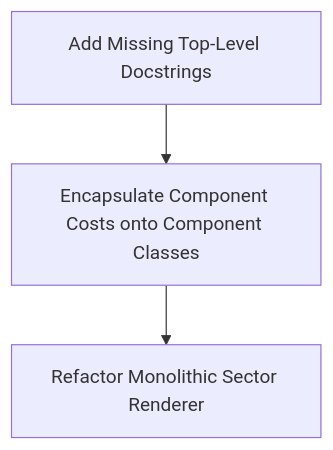
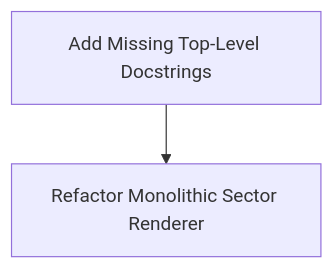
One commit to DreamChaser55/Wormhole-Control changed the diagram in Wormhole_Control_analysis_report.md. Above: the diagram before and after it, drawn with Mermaid. The commit also changed other lines of this file and 15 other files, not shown here.

First line of the commit message:
refactor(unit_components): encapsulate dynamic hull cost logic onto component classes

````diff
--- a/Wormhole_Control_analysis_report.md
+++ b/Wormhole_Control_analysis_report.md
@@ -90,5 +87,4 @@
 ```mermaid
 flowchart TD
-    A[Add Missing Top-Level Docstrings] --> B[Encapsulate Component Costs onto Component Classes]
-    B --> C[Refactor Monolithic Sector Renderer]
+    A[Add Missing Top-Level Docstrings] --> B[Refactor Monolithic Sector Renderer]
 ```
````
